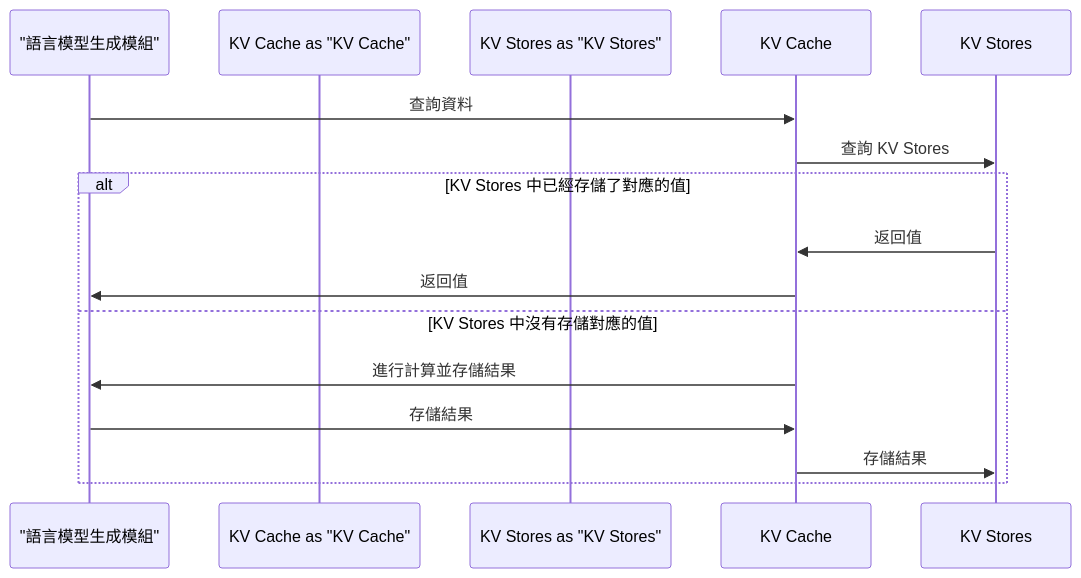
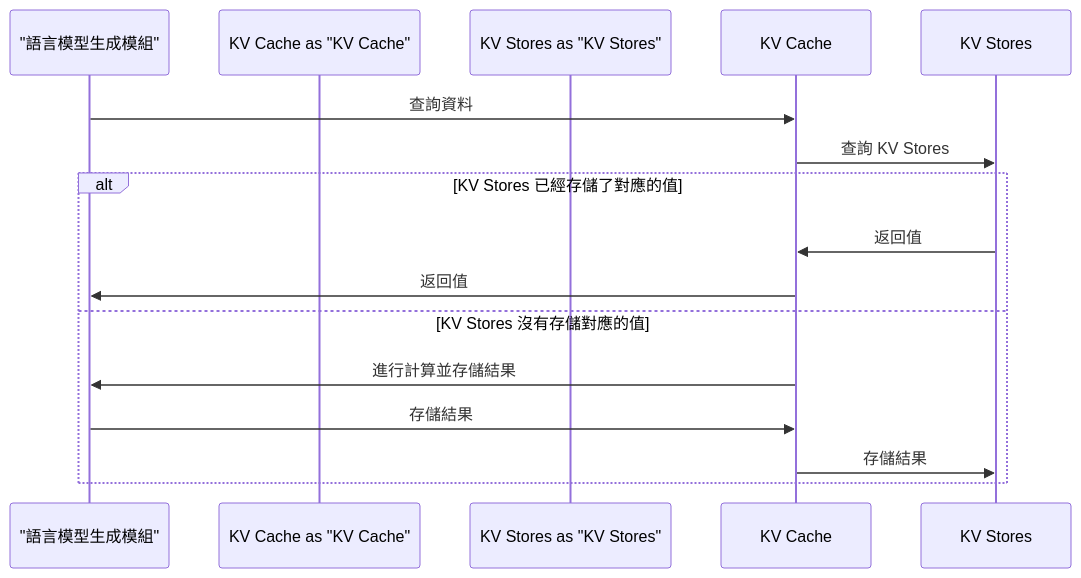
Before and after one commit to a920604a/engineernews: the diagram in src/content/posts/tech/_2026-05-10--22kv-cache.md, drawn with Mermaid. The commit also changed 8 other files, not shown here.

Commit message:
fix: auto-fix mermaid syntax errors in posts

````diff
--- a/src/content/posts/tech/_2026-05-10--22kv-cache.md
+++ b/src/content/posts/tech/_2026-05-10--22kv-cache.md
@@ -32,17 +32,17 @@
 ```mermaid
 sequenceDiagram
     participant 生成模組 as "語言模型生成模組"
     participant KV Cache as "KV Cache"
     participant KV Stores as "KV Stores"
 
     生成模組->>KV Cache: 查詢資料
     KV Cache->>KV Stores: 查詢 KV Stores
-    alt KV Stores 中已經存儲了對應的值
+    alt KV Stores 已經存儲了對應的值
         KV Stores->>KV Cache: 返回值
         KV Cache->>生成模組: 返回值
-    else KV Stores 中沒有存儲對應的值
+    else KV Stores 沒有存儲對應的值
         KV Cache->>生成模組: 進行計算並存儲結果
         生成模組->>KV Cache: 存儲結果
         KV Cache->>KV Stores: 存儲結果
     end
 ```
````
